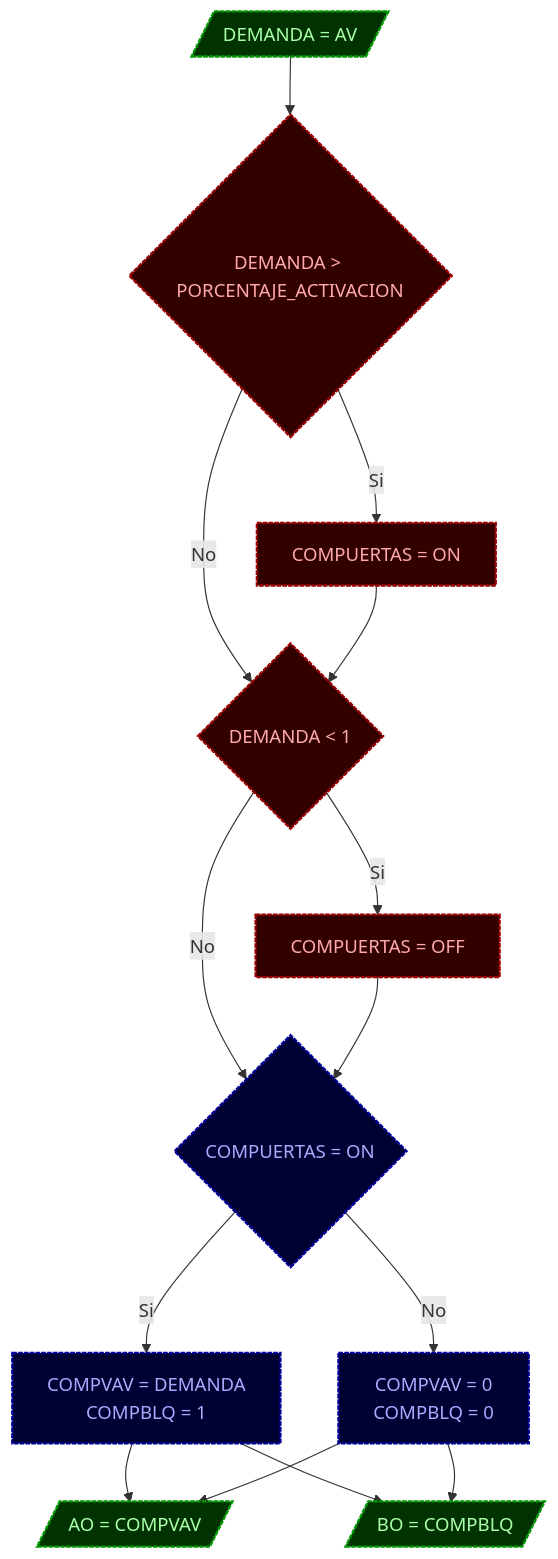
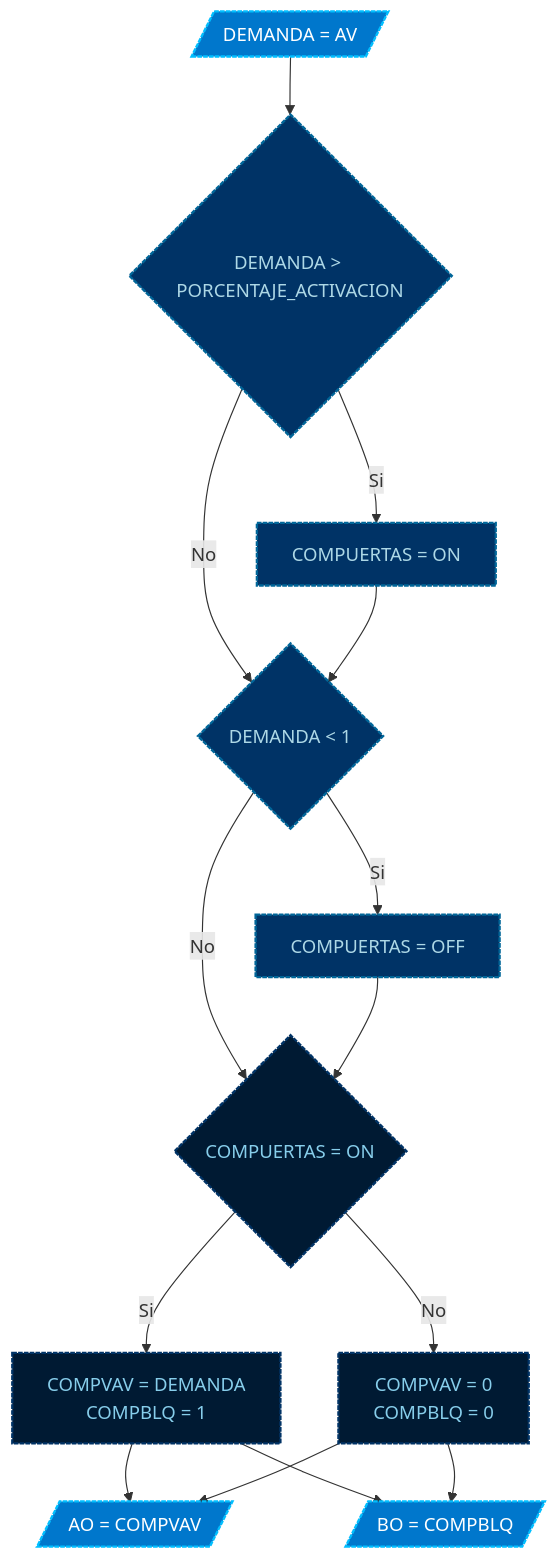
The second of 2 diagrams in Cuarto-de-Pruebas/Controlador-1/PRG2/PROMPT.md (cjhirashi/ct-prub-in), drawn with Mermaid before and after one commit. The commit also changed other lines of this file and 1 other file, not shown here.

Commit message:
Actualizar estilos de clase en los diagramas de flujo en README.md y PROMPT.md para mejorar la legibilidad y consistencia visual.

````diff
--- a/Cuarto-de-Pruebas/Controlador-1/PRG2/PROMPT.md
+++ b/Cuarto-de-Pruebas/Controlador-1/PRG2/PROMPT.md
@@ -162,24 +162,24 @@
 ```mermaid
 flowchart TB
 
     DM[/DEMANDA = AV/]:::variables --> ACT{DEMANDA > PORCENTAJE_ACTIVACION}:::bloque1;
 
         ACT -- Si --> SetActive[COMPUERTAS = ON]:::bloque1 
         ACT -- No --> DES{DEMANDA < 1}:::bloque1
         SetActive --> DES
         DES -- Si --> SetInactive[COMPUERTAS = OFF]:::bloque1
     
         DES -- No --> CONECTOR:::bloque2
         SetInactive --> CONECTOR
         CONECTOR{COMPUERTAS = ON} -- Si --> SISACT[COMPVAV = DEMANDA<br>COMPBLQ = 1]:::bloque2
         CONECTOR -- No --> SISINACT[COMPVAV = 0<br>COMPBLQ = 0]:::bloque2
 
     SISACT & SISINACT --> CompVAV[/AO = COMPVAV/]:::variables
     SISACT & SISINACT --> CompBloq[/BO = COMPBLQ/]:::variables
 
-    classDef variables fill:#030,stroke:#090,stroke-width:2px,color:#afa,stroke-dasharray: 4 1
+    classDef variables fill:#0077CC, stroke:#00BFFF, stroke-width:2px, color:#FFFFFF, stroke-dasharray: 4 1
 
-    classDef bloque1 fill:#300,stroke:#900,stroke-width:2px,color:#faa,stroke-dasharray: 4 1
-
-    classDef bloque2 fill:#003,stroke:#009,stroke-width:2px,color:#aaf,stroke-dasharray: 4 1
+    classDef bloque1 fill:#003366, stroke:#006699, stroke-width:2px, color:#ADD8E6, stroke-dasharray: 4 1
+    
+    classDef bloque2 fill:#001A33, stroke:#003366, stroke-width:2px, color:#87CEEB, stroke-dasharray: 4 1
 ```
````
